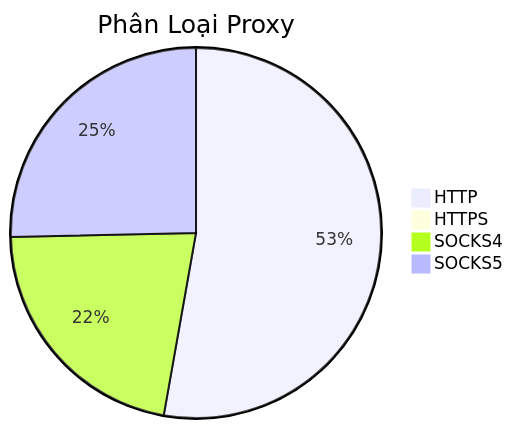
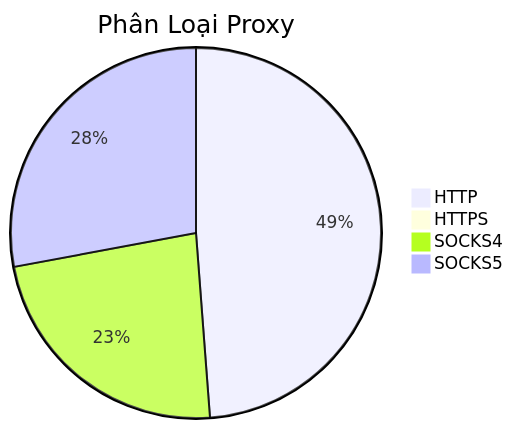
One commit to Ciara-12/PROXY-free changed the diagram in README.md. Above: the diagram before and after it, drawn with Mermaid. The commit also changed other lines of this file and 4 other files, not shown here.

````diff
--- a/README.md
+++ b/README.md
@@ -26,7 +26,7 @@
 ```mermaid
 pie title Phân Loại Proxy
-    "HTTP" : 625
-    "HTTPS" : 1
-    "SOCKS4" : 259
-    "SOCKS5" : 300
+    "HTTP" : 587
+    "HTTPS" : 0
+    "SOCKS4" : 280
+    "SOCKS5" : 336
 ```
````
